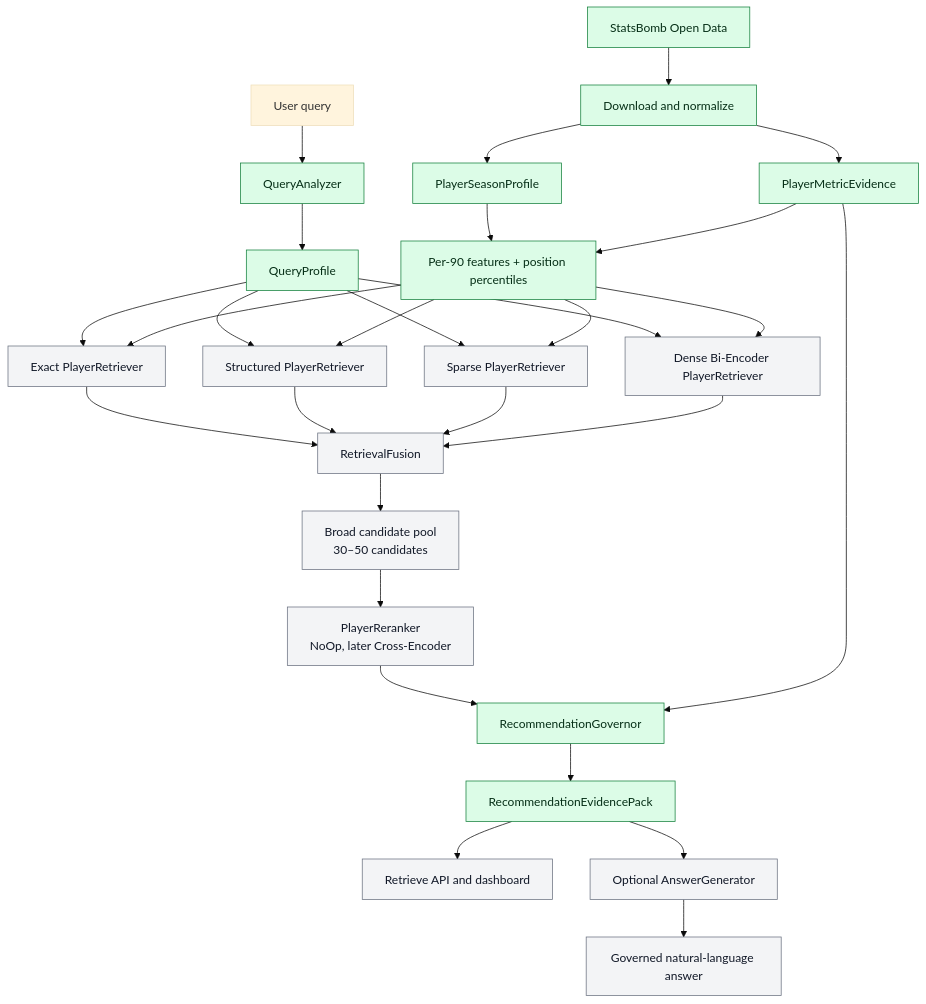
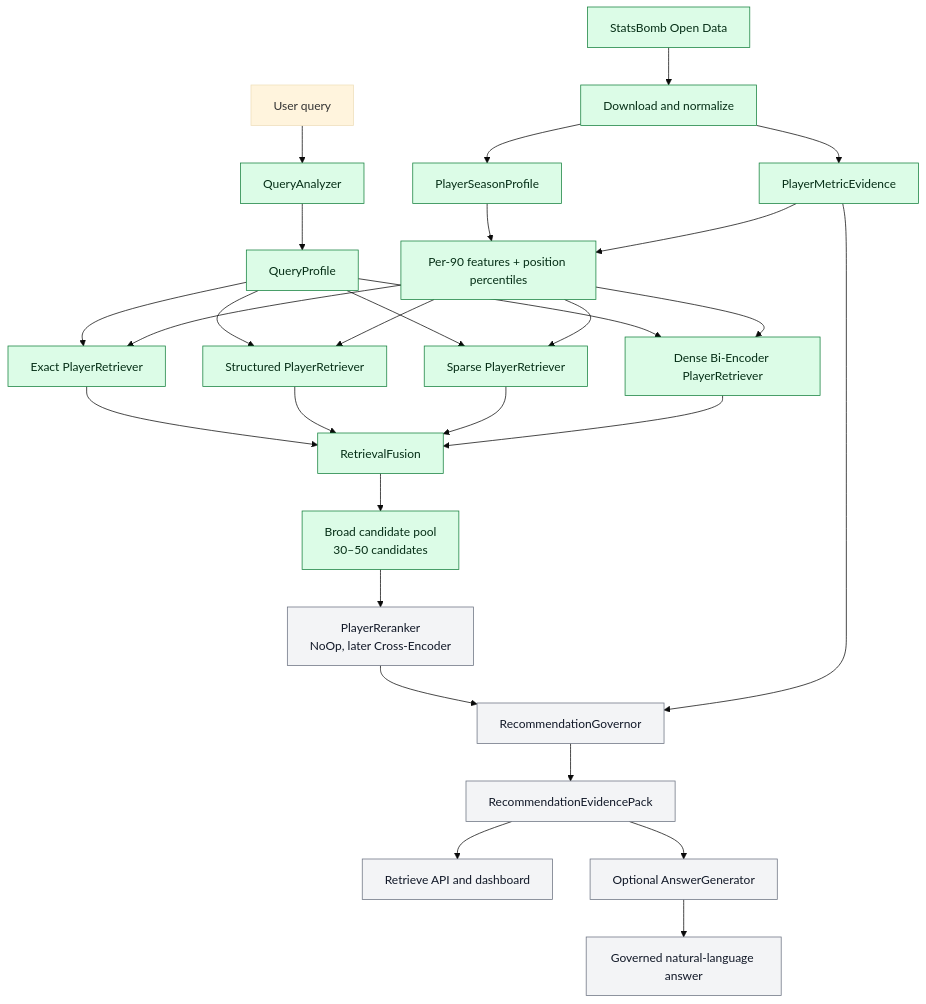
Before and after one commit to simonmang/ScoutRAG: the first of 2 diagrams in README.md, drawn with Mermaid (base theme). The commit also changed other lines of this file and 20 other files, not shown here.

````diff
--- a/README.md
+++ b/README.md
@@ -33,40 +33,40 @@
 ```mermaid
 flowchart TD
     SB[StatsBomb Open Data] --> DN[Download and normalize]
     DN --> PS[PlayerSeasonProfile]
     DN --> ME[PlayerMetricEvidence]
     PS --> FE[Per-90 features + position percentiles]
     ME --> FE
 
     U[User query] --> QA[QueryAnalyzer]
     QA --> QP[QueryProfile]
 
     QP --> ER[Exact PlayerRetriever]
     QP --> SR[Structured PlayerRetriever]
     QP --> SP[Sparse PlayerRetriever]
     QP --> DR[Dense Bi-Encoder PlayerRetriever]
 
     ER --> F[RetrievalFusion]
     SR --> F
     SP --> F
     DR --> F
 
     F --> CP[Broad candidate pool<br/>30–50 candidates]
     CP --> RR[PlayerReranker<br/>NoOp, later Cross-Encoder]
     RR --> G[RecommendationGovernor]
     G --> EP[RecommendationEvidencePack]
     FE --> ER
     FE --> SR
     FE --> SP
     FE --> DR
     ME --> G
 
     EP --> API[Retrieve API and dashboard]
     EP --> AG[Optional AnswerGenerator]
     AG --> AA[Governed natural-language answer]
 
     classDef implemented fill:#dcfce7,stroke:#15803d,color:#052e16;
     classDef later fill:#f3f4f6,stroke:#6b7280,color:#111827;
-    class SB,DN,PS,ME,FE,QA,QP,G,EP implemented;
-    class ER,SR,SP,DR,F,CP,RR,API,AG,AA later;
+    class SB,DN,PS,ME,FE,QA,QP,ER,SR,SP,DR,F,CP implemented;
+    class RR,G,EP,API,AG,AA later;
 ```
````
